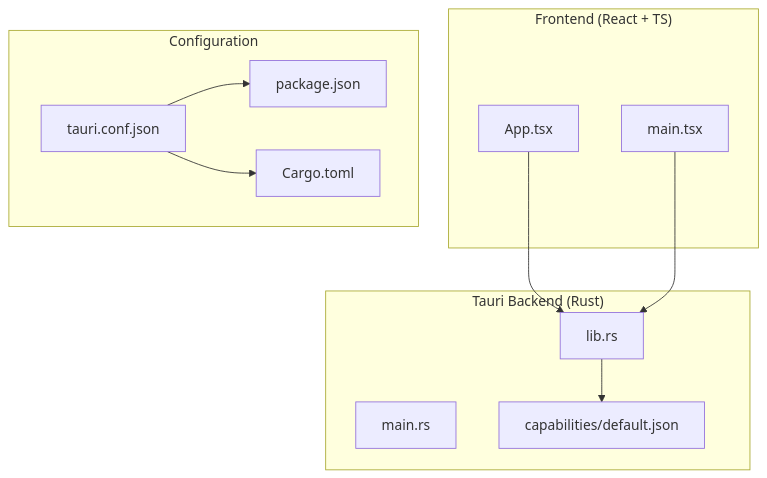
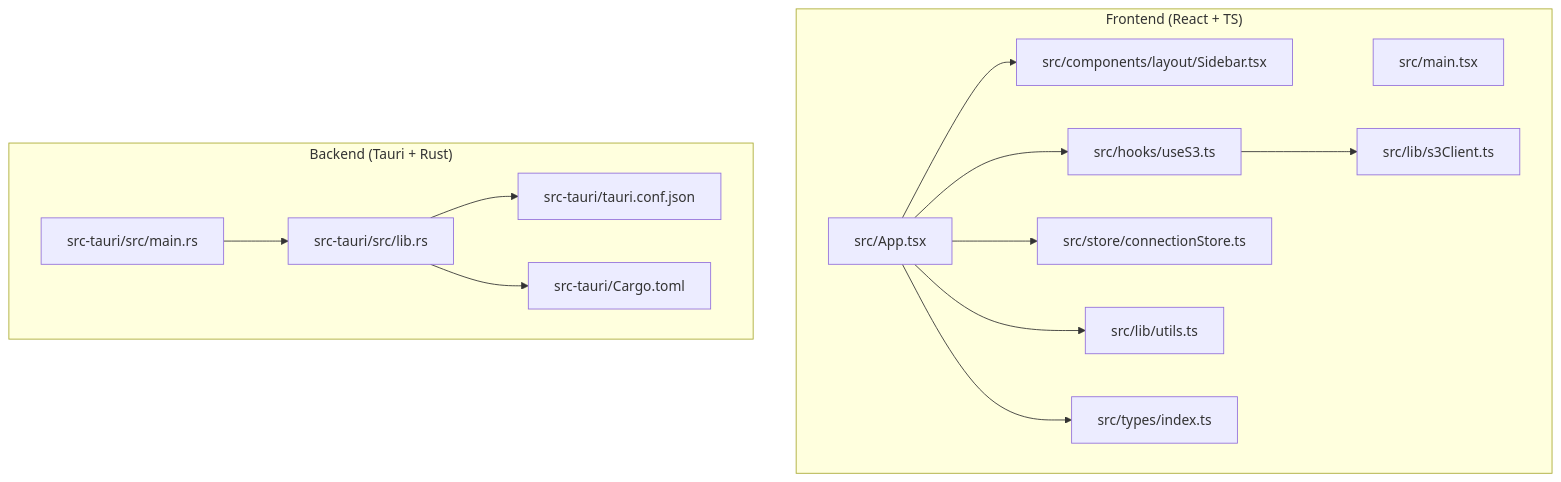
Before and after one commit to nasrulhadi/s3-explorer: the first of 4 diagrams in .qoder/repowiki/en/content/Getting Started.md, drawn with Mermaid. The commit also changed other lines of this file and 46 other files, not shown here.

````diff
--- a/.qoder/repowiki/en/content/Getting Started.md
+++ b/.qoder/repowiki/en/content/Getting Started.md
@@ -136,22 +40,28 @@
 ```mermaid
 graph TB
 subgraph "Frontend (React + TS)"
-APP["App.tsx"]
-MAIN["main.tsx"]
+FE_Main["src/main.tsx"]
+FE_App["src/App.tsx"]
+FE_Sidebar["src/components/layout/Sidebar.tsx"]
+FE_Hook["src/hooks/useS3.ts"]
+FE_Client["src/lib/s3Client.ts"]
+FE_Store["src/store/connectionStore.ts"]
+FE_Utils["src/lib/utils.ts"]
+FE_Types["src/types/index.ts"]
 end
-subgraph "Tauri Backend (Rust)"
-LIBRS["lib.rs"]
-MAINRS["main.rs"]
-CAP["capabilities/default.json"]
+subgraph "Backend (Tauri + Rust)"
+BE_Main["src-tauri/src/main.rs"]
+BE_Lib["src-tauri/src/lib.rs"]
+BE_Cfg["src-tauri/tauri.conf.json"]
+BE_Cargo["src-tauri/Cargo.toml"]
 end
-subgraph "Configuration"
-CONF["tauri.conf.json"]
-PKG["package.json"]
-CARGO["Cargo.toml"]
-end
-APP --> LIBRS
-MAIN --> LIBRS
-LIBRS --> CAP
-CONF --> PKG
-CONF --> CARGO
+FE_App --> FE_Sidebar
+FE_App --> FE_Hook
+FE_Hook --> FE_Client
+FE_App --> FE_Store
+FE_App --> FE_Utils
+FE_App --> FE_Types
+BE_Main --> BE_Lib
+BE_Lib --> BE_Cfg
+BE_Lib --> BE_Cargo
 ```
````
